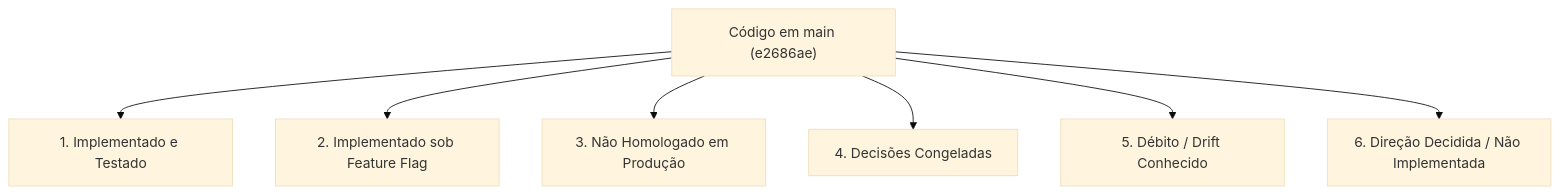
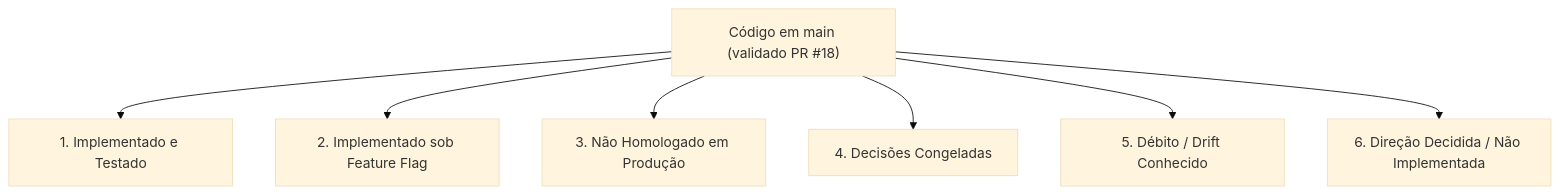
One commit to koglim/contato changed the diagram in docs/CURRENT_STATE.md. Above: the diagram before and after it, drawn with Mermaid (base theme). The commit also changed other lines of this file and 27 other files, not shown here.

````diff
--- a/docs/CURRENT_STATE.md
+++ b/docs/CURRENT_STATE.md
@@ -10,9 +9,9 @@
 ```mermaid
 graph TD
-    A["Código em main (e2686ae)"] --> B["1. Implementado e Testado"]
+    A["Código em main (validado PR #18)"] --> B["1. Implementado e Testado"]
     A --> C["2. Implementado sob Feature Flag"]
     A --> D["3. Não Homologado em Produção"]
     A --> E["4. Decisões Congeladas"]
     A --> F["5. Débito / Drift Conhecido"]
     A --> G["6. Direção Decidida / Não Implementada"]
 ```
````
